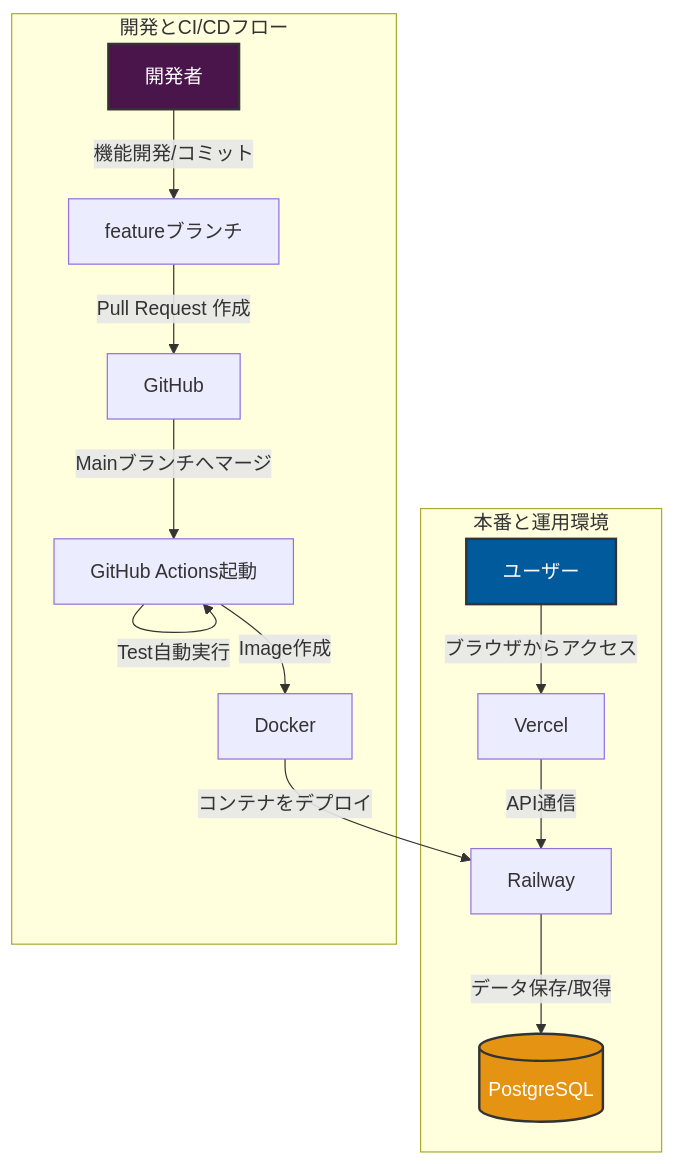
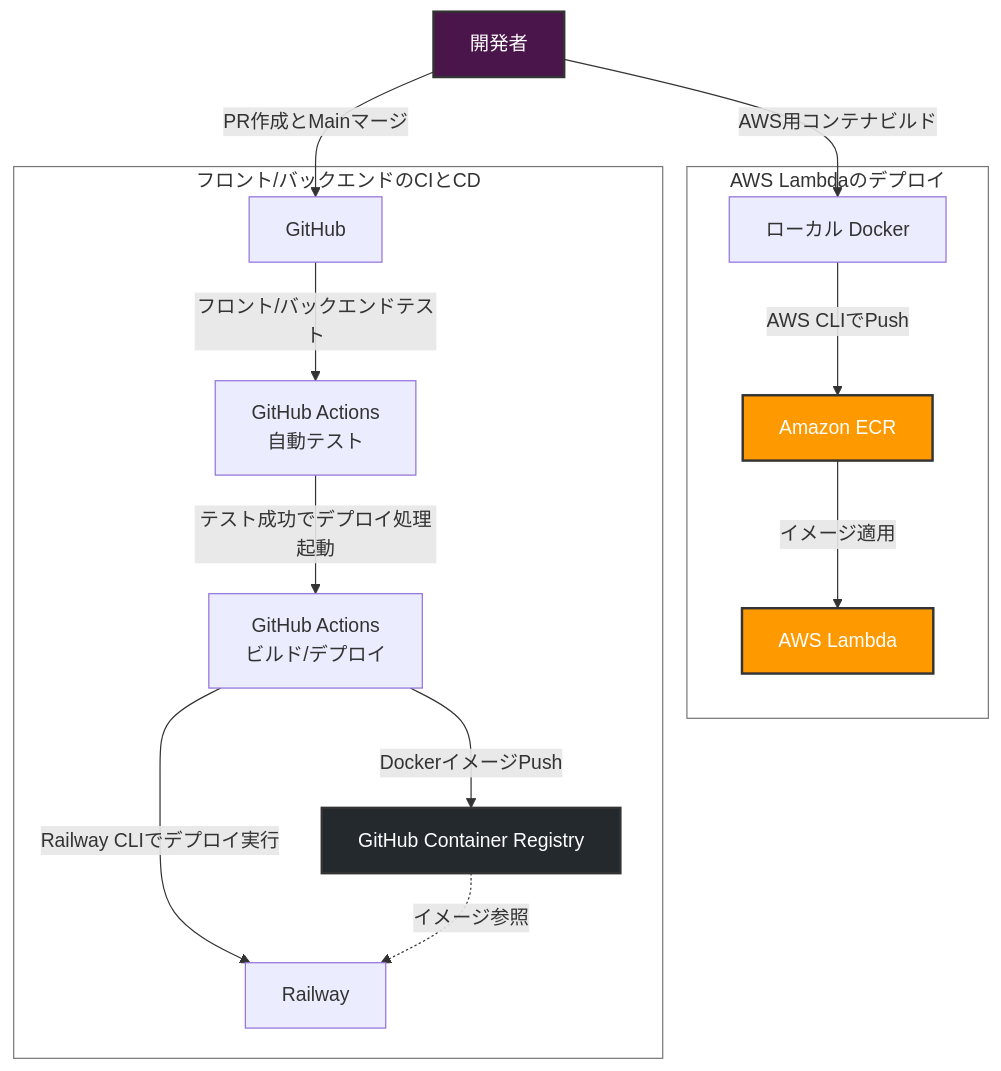
The first of 2 diagrams in README.md (masa2401/FullStack-CreateSkillSheet), drawn with Mermaid before and after one commit. The commit also changed other lines of this file and 6 other files, not shown here.

First line of the commit message:
Readme修正 + GitHubActions修正 (#28)

````diff
--- a/README.md
+++ b/README.md
@@ -21,25 +62,38 @@
 ```mermaid
+%%{init: {"themeVariables": {"clusterBkg": "transparent", "clusterBorder": "#777"}}}%%
 graph TD
-        %% 本番環境とユーザーの流れ
-    subgraph ProductionEnv [本番と運用環境]
-        User[ユーザー] -->|ブラウザからアクセス| Vercel[Vercel]
-        Vercel -->|API通信| Railway[Railway]
-        Railway -->|データ保存/取得| PostgreSQL[(PostgreSQL)]
+    Developer[開発者]
+
+    subgraph LambdaDeploy [AWS Lambdaのデプロイ]
+        LocalDocker[ローカル Docker]
+        ECR[Amazon ECR]
+        Lambda[AWS Lambda]
     end
 
-    %% 開発とCI/CDの流れ
-    subgraph CICDflow [開発とCI/CDフロー]
-        Developer[開発者] -->|機能開発/コミット| FeatureBranch[featureブランチ]
-        FeatureBranch -->|Pull Request 作成| GitHub[GitHub]
-        GitHub -->|Mainブランチへマージ| GHA[GitHub Actions起動]
-        GHA -->|Test自動実行| GHA
-        GHA -->|Image作成| Docker[Docker]
-        Docker -->|コンテナをデプロイ| Railway[Railway]
+    subgraph AppDeploy [フロント/バックエンドのCIとCD]
+        GitHub[GitHub]
+        GHATest[GitHub Actions<br>自動テスト]
+        GHADeploy[GitHub Actions<br>ビルド/デプロイ]
+        GHCR[GitHub Container Registry]
+        Railway[Railway]
     end
 
-    %% スタイルの微調整
+    %% アプリ本体のデプロイフロー
+    Developer -->|PR作成とMainマージ| GitHub
+    GitHub -->|フロント/バックエンドテスト| GHATest
+    GHATest -->|テスト成功でデプロイ処理起動| GHADeploy
+    GHADeploy -->|DockerイメージPush| GHCR
+    GHADeploy -->|Railway CLIでデプロイ実行| Railway
+    GHCR -.->|イメージ参照| Railway
+
+    %% AWS Lambdaのデプロイフロー
+    Developer -->|AWS用コンテナビルド| LocalDocker
+    LocalDocker -->|AWS CLIでPush| ECR
+    ECR -->|イメージ適用| Lambda
+
+    %% スタイルの設定
     style Developer fill:#4A154B,stroke:#333,stroke-width:2px,color:#fff
-    style User fill:#005A9C,stroke:#333,stroke-width:2px,color:#fff
-    style PostgreSQL fill:#E49313,stroke:#333,stroke-width:2px,color:#fff
-
+    style Lambda fill:#FF9900,stroke:#333,stroke-width:2px,color:#fff
+    style ECR fill:#FF9900,stroke:#333,stroke-width:2px,color:#fff
+    style GHCR fill:#24292e,stroke:#333,stroke-width:2px,color:#fff
 ```
````
